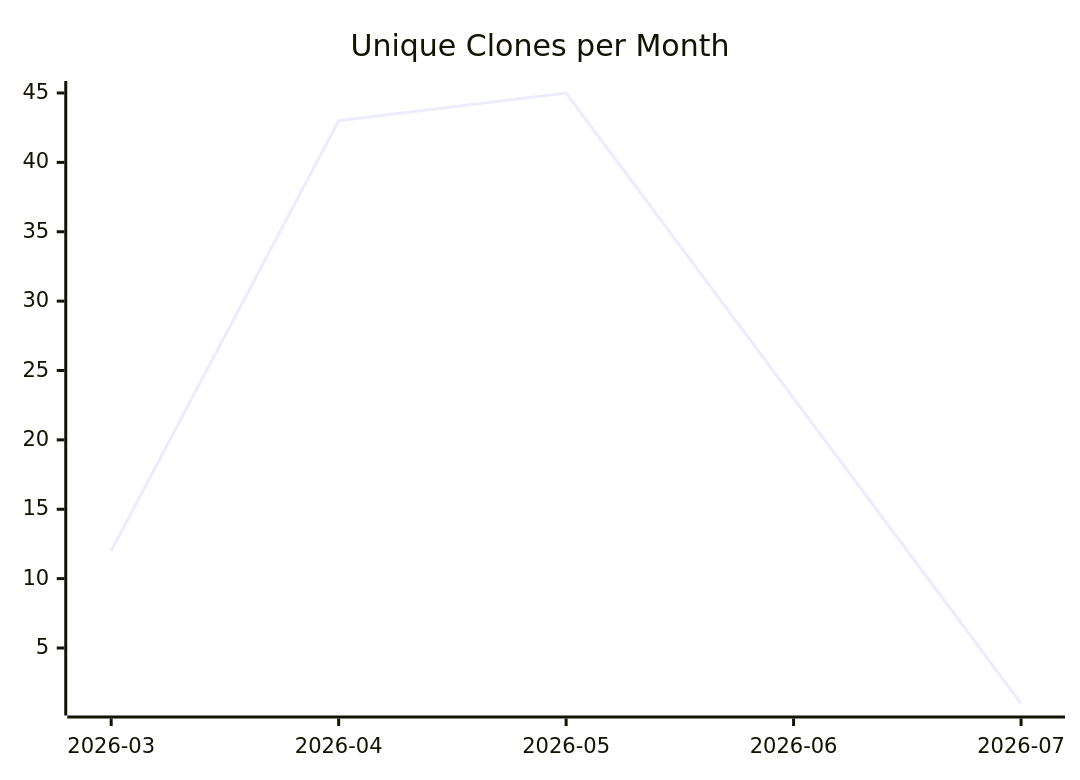
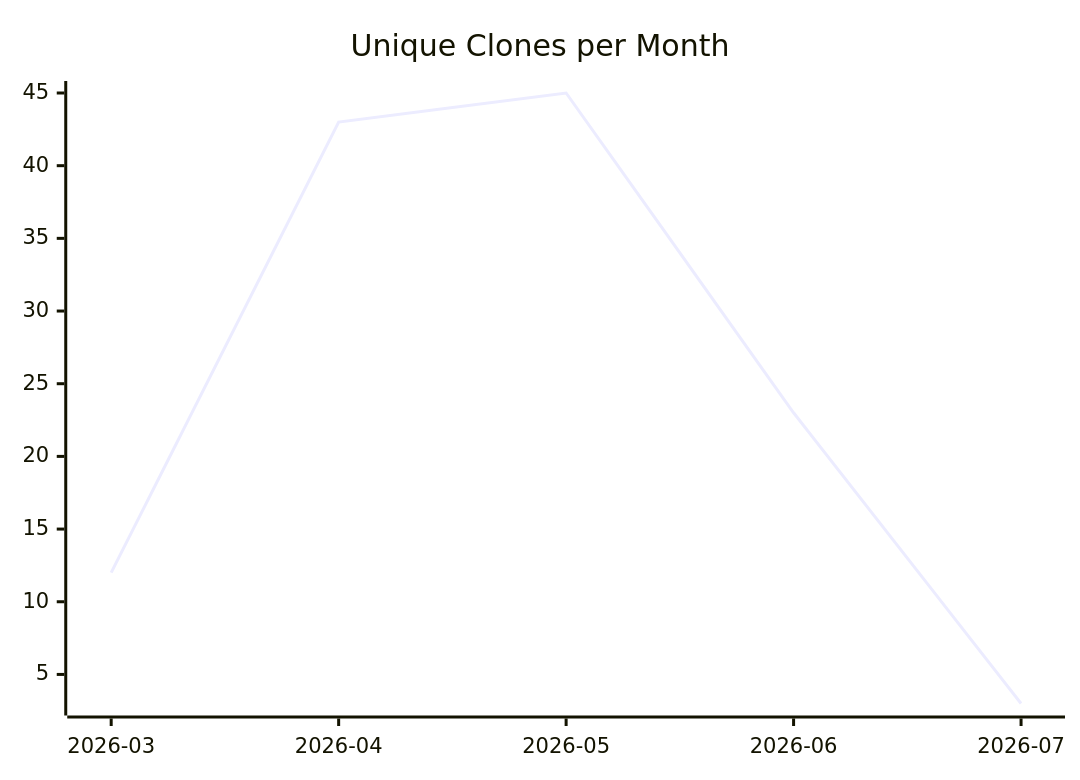
One commit to justdavis-family/github-analytics-data changed the third of 3 diagrams in karlmdavis/ksoap2-android/README.md. Above: the diagram before and after it, drawn with Mermaid. The commit also changed other lines of this file and 198 other files, not shown here.

````diff
--- a/karlmdavis/ksoap2-android/README.md
+++ b/karlmdavis/ksoap2-android/README.md
@@ -19,6 +19,6 @@
 ```mermaid
 xychart-beta
   title "Unique Clones per Month"
   x-axis ["2026-03", "2026-04", "2026-05", "2026-06", "2026-07"]
-  line [12, 43, 45, 23, 1]
+  line [12, 43, 45, 23, 3]
 ```
````
